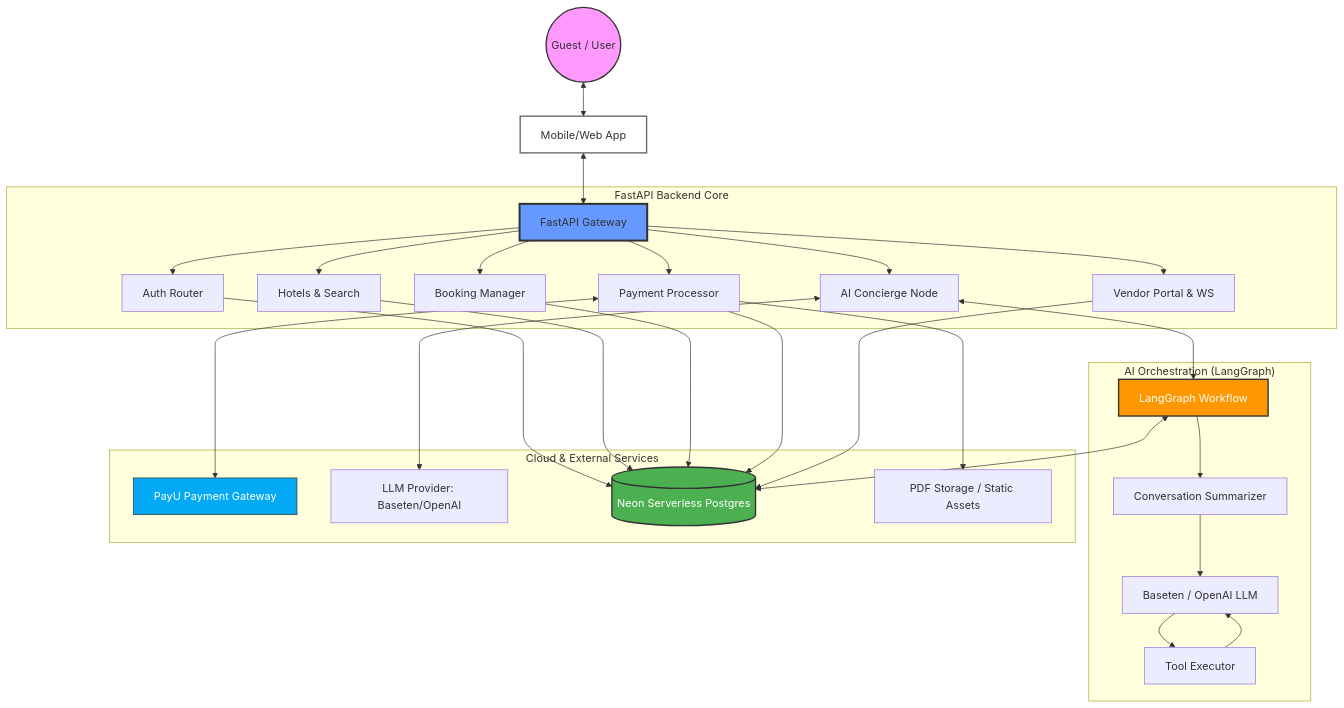
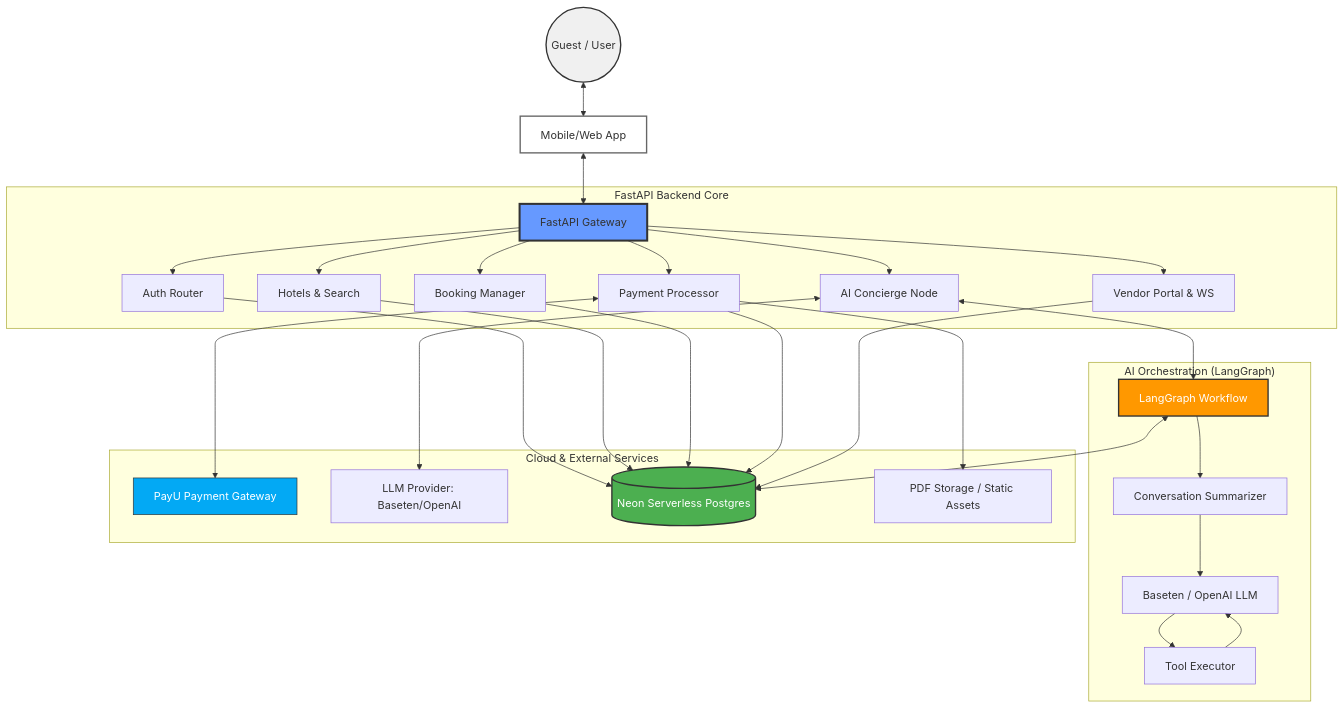
The diagram in README.md (sreecharan-desu/arthik), drawn with Mermaid before and after one commit.

Commit message:
style: update architecture diagram colors for professionalism

````diff
--- a/README.md
+++ b/README.md
@@ -7,66 +7,66 @@
 ```mermaid
 graph TD
     %% Define User and Interface
     User((Guest / User))
     Frontend[Mobile/Web App]
 
     %% API Gateway / Backend
     subgraph "FastAPI Backend Core"
         API[FastAPI Gateway]
         RouterAuth[Auth Router]
         RouterHotel[Hotels & Search]
         RouterBooking[Booking Manager]
         RouterPayment[Payment Processor]
         RouterVendor[Vendor Portal & WS]
         RouterAgent[AI Concierge Node]
     end
 
     %% AI Infrastructure
     subgraph "AI Orchestration (LangGraph)"
         AgentFlow[LangGraph Workflow]
         Summarizer[Conversation Summarizer]
         ChatNode[Baseten / OpenAI LLM]
         ToolNode[Tool Executor]
 
         AgentFlow --> Summarizer
         Summarizer --> ChatNode
         ChatNode --> ToolNode
         ToolNode --> ChatNode
     end
 
     %% External integrations
     subgraph "Cloud & External Services"
         PayU[PayU Payment Gateway]
         LLMProvider[LLM Provider: Baseten/OpenAI]
         Postgres[(Neon Serverless Postgres)]
         S3[PDF Storage / Static Assets]
     end
 
     %% Connections
     User <--> Frontend
     Frontend <--> API
 
     API --> RouterAuth
     API --> RouterHotel
     API --> RouterBooking
     API --> RouterPayment
     API --> RouterVendor
     API --> RouterAgent
 
     RouterAgent <--> AgentFlow
     AgentFlow <--> Postgres
 
     RouterPayment <--> PayU
     RouterAgent <--> LLMProvider
 
     RouterAuth & RouterHotel & RouterBooking & RouterPayment & RouterVendor --> Postgres
     RouterPayment --> S3
 
     %% Styling
-    style User fill:#f9f,stroke:#333,stroke-width:2px
+    style User fill:#f0f0f0,stroke:#333,stroke-width:2px
     style Frontend fill:#fff,stroke:#666,stroke-width:2px
     style API fill:#69f,stroke:#333,stroke-width:3px
     style Postgres fill:#4CAF50,stroke:#333,stroke-width:2px,color:#fff
     style AgentFlow fill:#FF9800,stroke:#333,stroke-width:2px,color:#fff
     style PayU fill:#03A9F4,stroke:#333,stroke-width:1px,color:#fff
 ```
````
